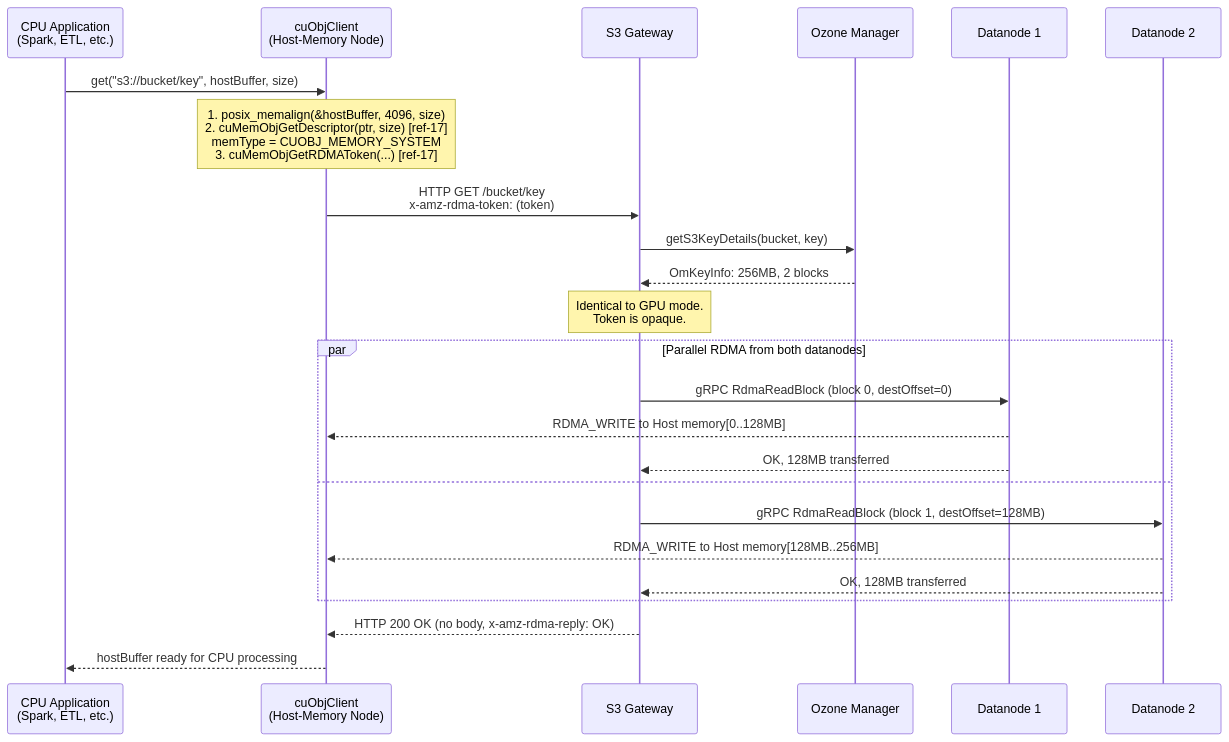
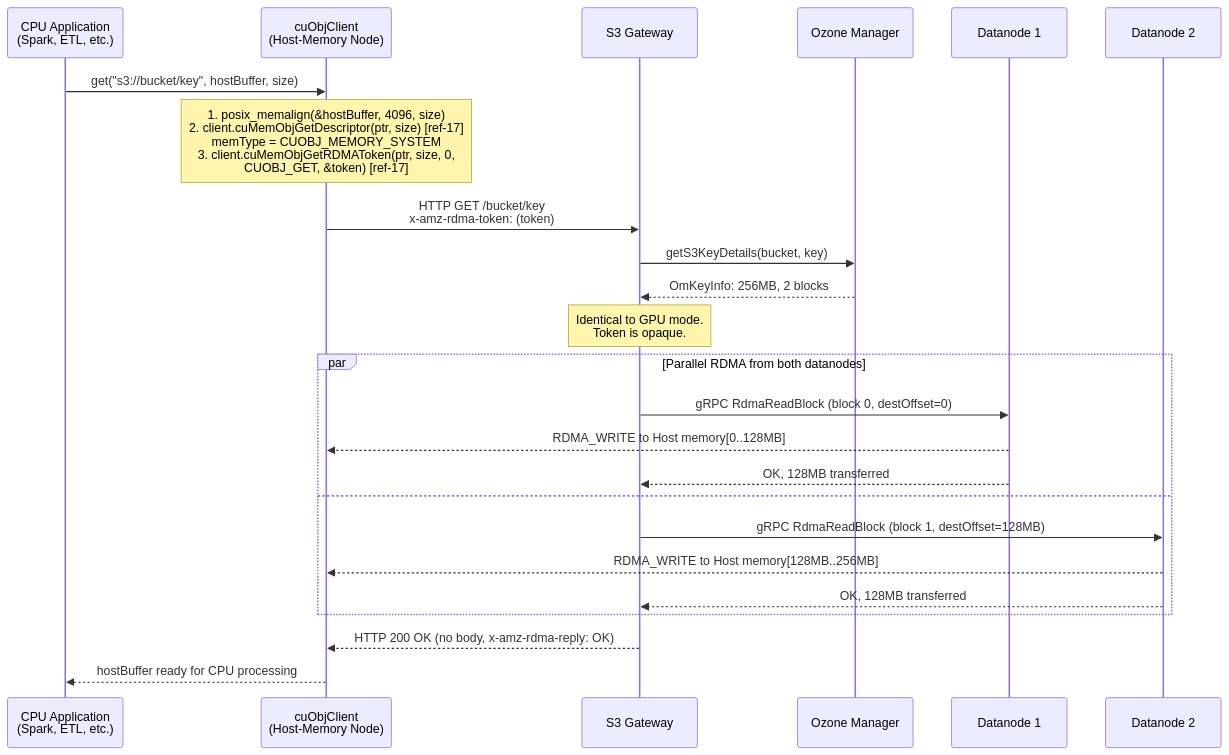
One commit to ptlrs/ozone changed the third of 6 diagrams in docs/gds-dn-direct-rdma-implementation-spec.md. Above: the diagram before and after it, drawn with Mermaid. The commit also changed other lines of this file, not shown here.

````diff
--- a/docs/gds-dn-direct-rdma-implementation-spec.md
+++ b/docs/gds-dn-direct-rdma-implementation-spec.md
@@ -387,32 +404,32 @@
 ```mermaid
 sequenceDiagram
   participant App as CPU Application<br/>(Spark, ETL, etc.)
   participant cuObj as cuObjClient<br/>(Host-Memory Node)
   participant GW as S3 Gateway
   participant OM as Ozone Manager
   participant DN1 as Datanode 1
   participant DN2 as Datanode 2
 
   App ->> cuObj: get("s3://bucket/key", hostBuffer, size)
-  Note over cuObj: 1. posix_memalign(&hostBuffer, 4096, size)<br/>2. cuMemObjGetDescriptor(ptr, size) [ref-17]<br/>   memType = CUOBJ_MEMORY_SYSTEM<br/>3. cuMemObjGetRDMAToken(...) [ref-17]
+  Note over cuObj: 1. posix_memalign(&hostBuffer, 4096, size)<br/>2. client.cuMemObjGetDescriptor(ptr, size) [ref-17]<br/>   memType = CUOBJ_MEMORY_SYSTEM<br/>3. client.cuMemObjGetRDMAToken(ptr, size, 0,<br/>   CUOBJ_GET, &token) [ref-17]
 
   cuObj ->> GW: HTTP GET /bucket/key<br/>x-amz-rdma-token: (token)
 
   GW ->> OM: getS3KeyDetails(bucket, key)
   OM -->> GW: OmKeyInfo: 256MB, 2 blocks
 
   Note over GW: Identical to GPU mode.<br/>Token is opaque.
 
   par Parallel RDMA from both datanodes
     GW ->> DN1: gRPC RdmaReadBlock (block 0, destOffset=0)
     DN1 -->> cuObj: RDMA_WRITE to Host memory[0..128MB]
     DN1 -->> GW: OK, 128MB transferred
   and
     GW ->> DN2: gRPC RdmaReadBlock (block 1, destOffset=128MB)
     DN2 -->> cuObj: RDMA_WRITE to Host memory[128MB..256MB]
     DN2 -->> GW: OK, 128MB transferred
   end
 
   GW -->> cuObj: HTTP 200 OK (no body, x-amz-rdma-reply: OK)
   cuObj -->> App: hostBuffer ready for CPU processing
 ```
````
